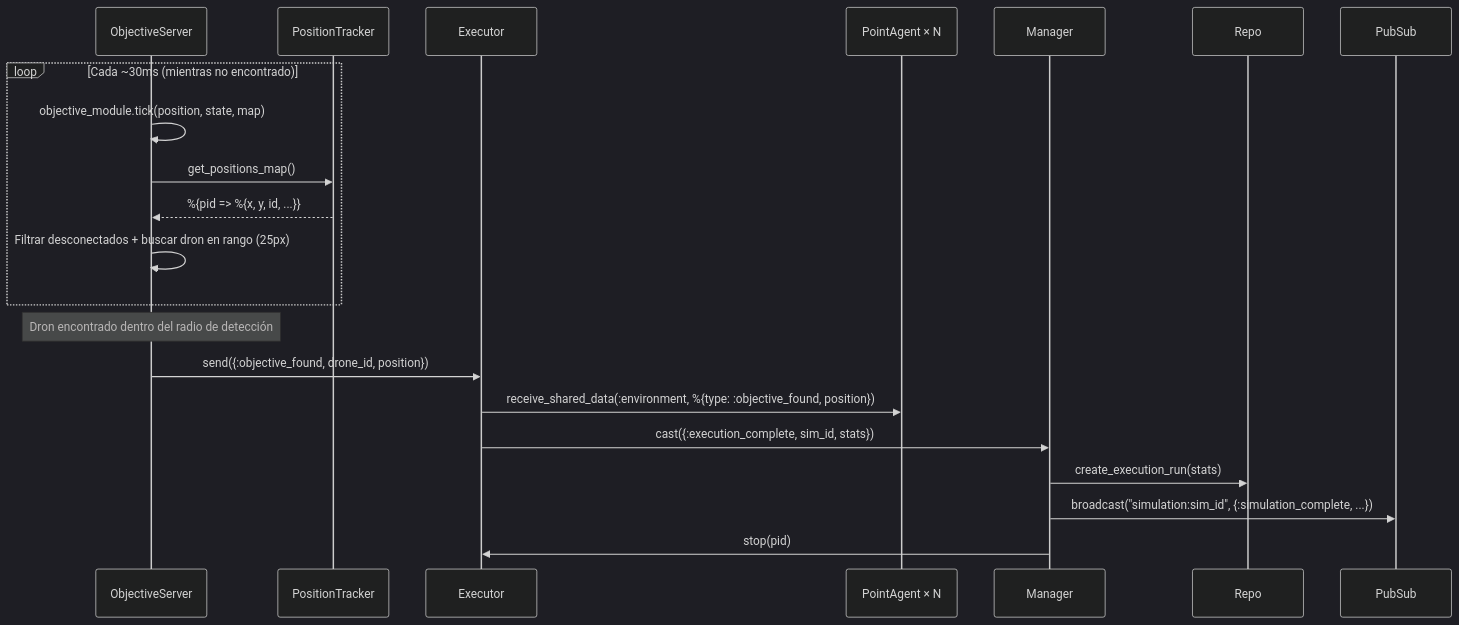
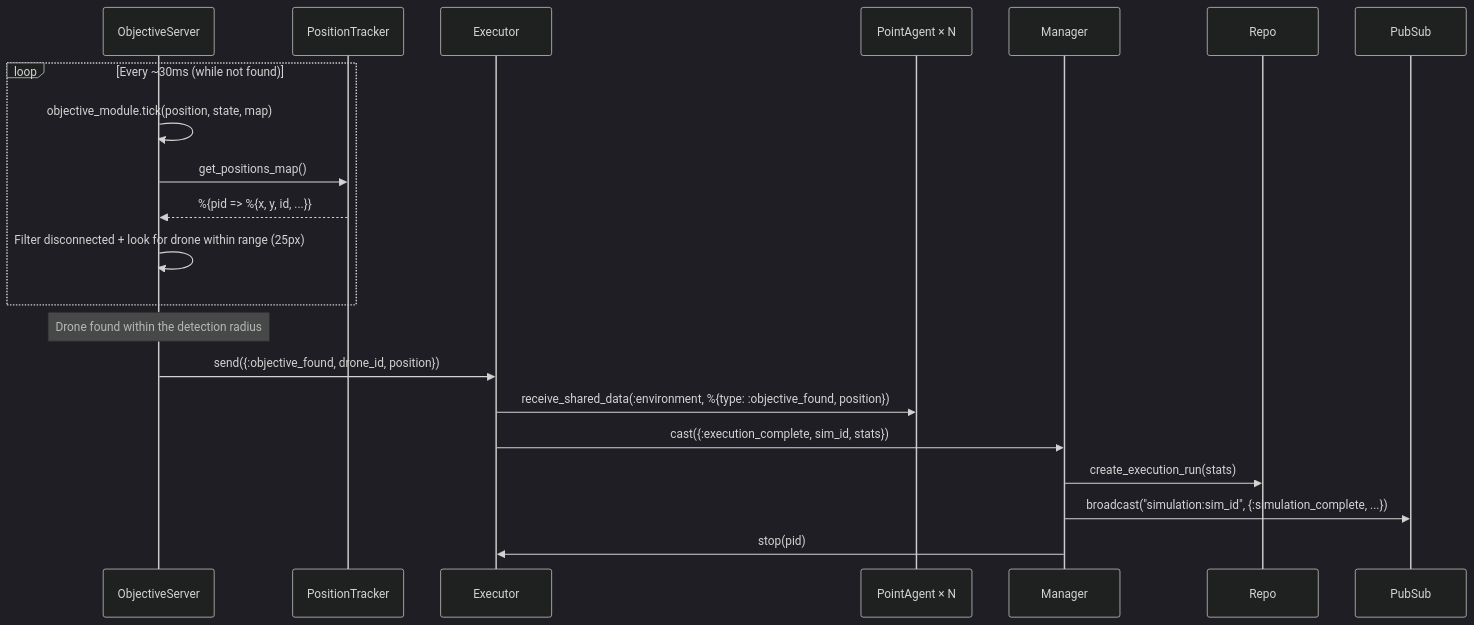
The tenth of 11 diagrams in docs/data_flows.md (FLAGlab/Elixir-Swarm-Simulator), drawn with Mermaid (dark theme) before and after one commit. The commit also changed other lines of this file and 40 other files, not shown here.

````diff
--- a/docs/data_flows.md
+++ b/docs/data_flows.md
@@ -281,27 +282,27 @@
 ```mermaid
 sequenceDiagram
     participant OS as ObjectiveServer
     participant PT as PositionTracker
     participant Ex as Executor
     participant Agents as PointAgent × N
     participant Mg as Manager
     participant DB as Repo
     participant PS as PubSub
 
-    loop Cada ~30ms (mientras no encontrado)
+    loop Every ~30ms (while not found)
         OS->>OS: objective_module.tick(position, state, map)
         OS->>PT: get_positions_map()
         PT-->>OS: %{pid => %{x, y, id, ...}}
-        OS->>OS: Filtrar desconectados + buscar dron en rango (25px)
+        OS->>OS: Filter disconnected + look for drone within range (25px)
     end
 
-    Note over OS: Dron encontrado dentro del radio de detección
+    Note over OS: Drone found within the detection radius
 
     OS->>Ex: send({:objective_found, drone_id, position})
     Ex->>Agents: receive_shared_data(:environment, %{type: :objective_found, position})
     Ex->>Mg: cast({:execution_complete, sim_id, stats})
 
     Mg->>DB: create_execution_run(stats)
     Mg->>PS: broadcast("simulation:sim_id", {:simulation_complete, ...})
     Mg->>Ex: stop(pid)
 ```
````
